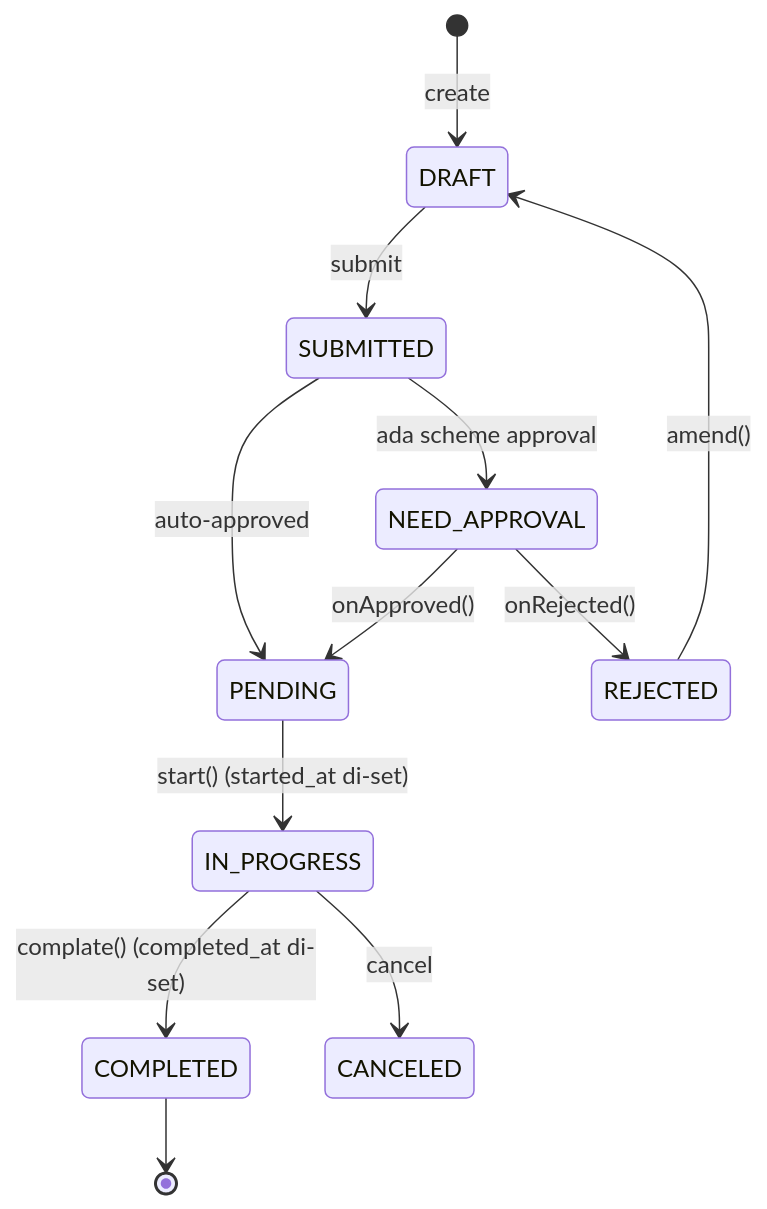
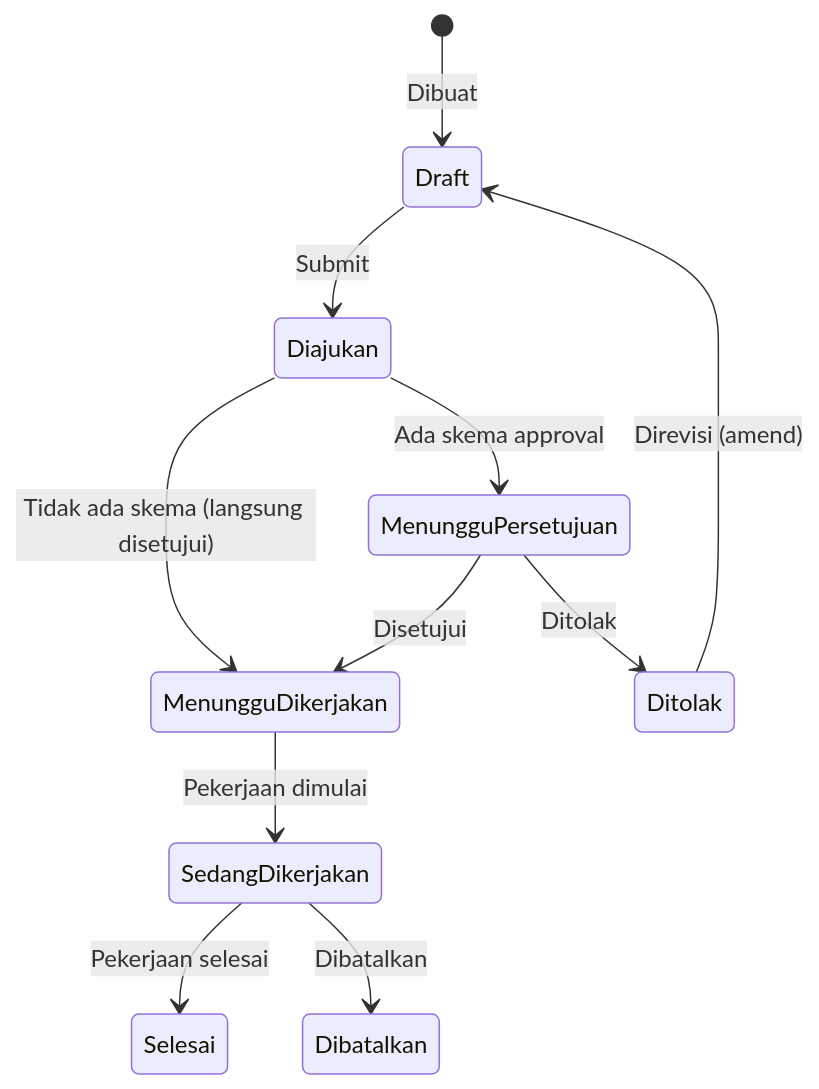
One commit to RimbunCode/erp_pataya changed the second of 4 diagrams in docs/modules/service.md. Above: the diagram before and after it, drawn with Mermaid. The commit also changed other lines of this file and 14 other files, not shown here.

````diff
--- a/docs/modules/service.md
+++ b/docs/modules/service.md
@@ -107,14 +89,13 @@
 ```mermaid
 stateDiagram-v2
-    [*] --> DRAFT: create
-    DRAFT --> SUBMITTED: submit
-    SUBMITTED --> NEED_APPROVAL: ada scheme approval
-    SUBMITTED --> PENDING: auto-approved
-    NEED_APPROVAL --> PENDING: onApproved()
-    NEED_APPROVAL --> REJECTED: onRejected()
-    REJECTED --> DRAFT: amend()
-    PENDING --> IN_PROGRESS: start() (started_at di-set)
-    IN_PROGRESS --> COMPLETED: complate() (completed_at di-set)
-    IN_PROGRESS --> CANCELED: cancel
-    COMPLETED --> [*]
+    [*] --> Draft: Dibuat
+    Draft --> Diajukan: Submit
+    Diajukan --> MenungguPersetujuan: Ada skema approval
+    Diajukan --> MenungguDikerjakan: Tidak ada skema (langsung disetujui)
+    MenungguPersetujuan --> MenungguDikerjakan: Disetujui
+    MenungguPersetujuan --> Ditolak: Ditolak
+    Ditolak --> Draft: Direvisi (amend)
+    MenungguDikerjakan --> SedangDikerjakan: Pekerjaan dimulai
+    SedangDikerjakan --> Selesai: Pekerjaan selesai
+    SedangDikerjakan --> Dibatalkan: Dibatalkan
 ```
````
